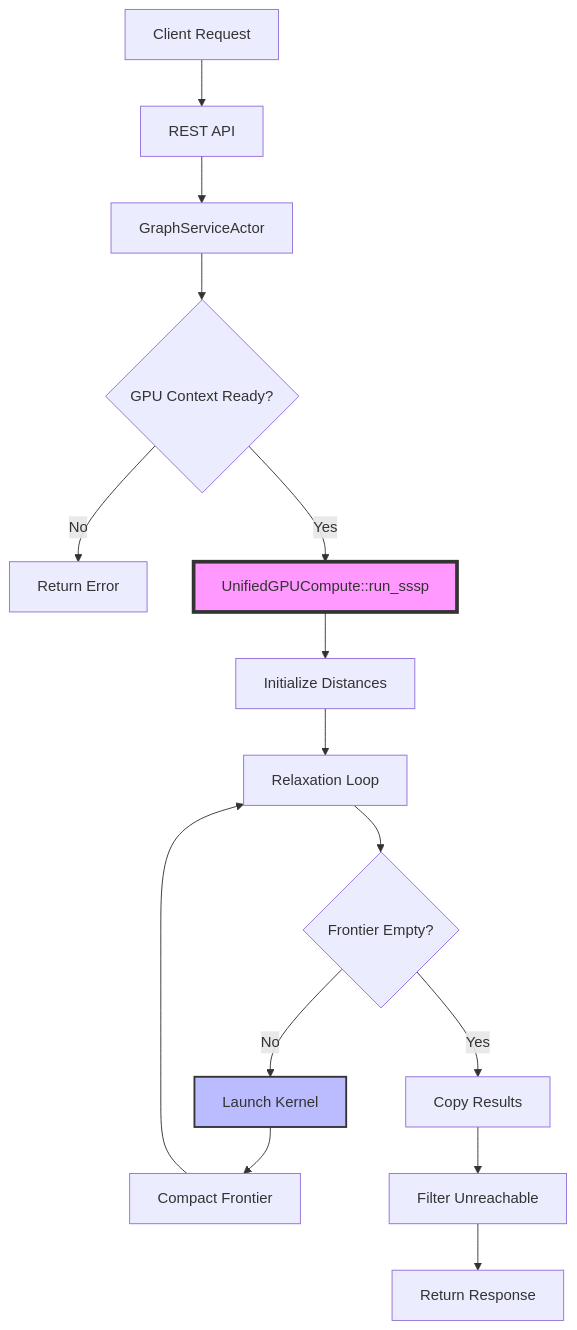
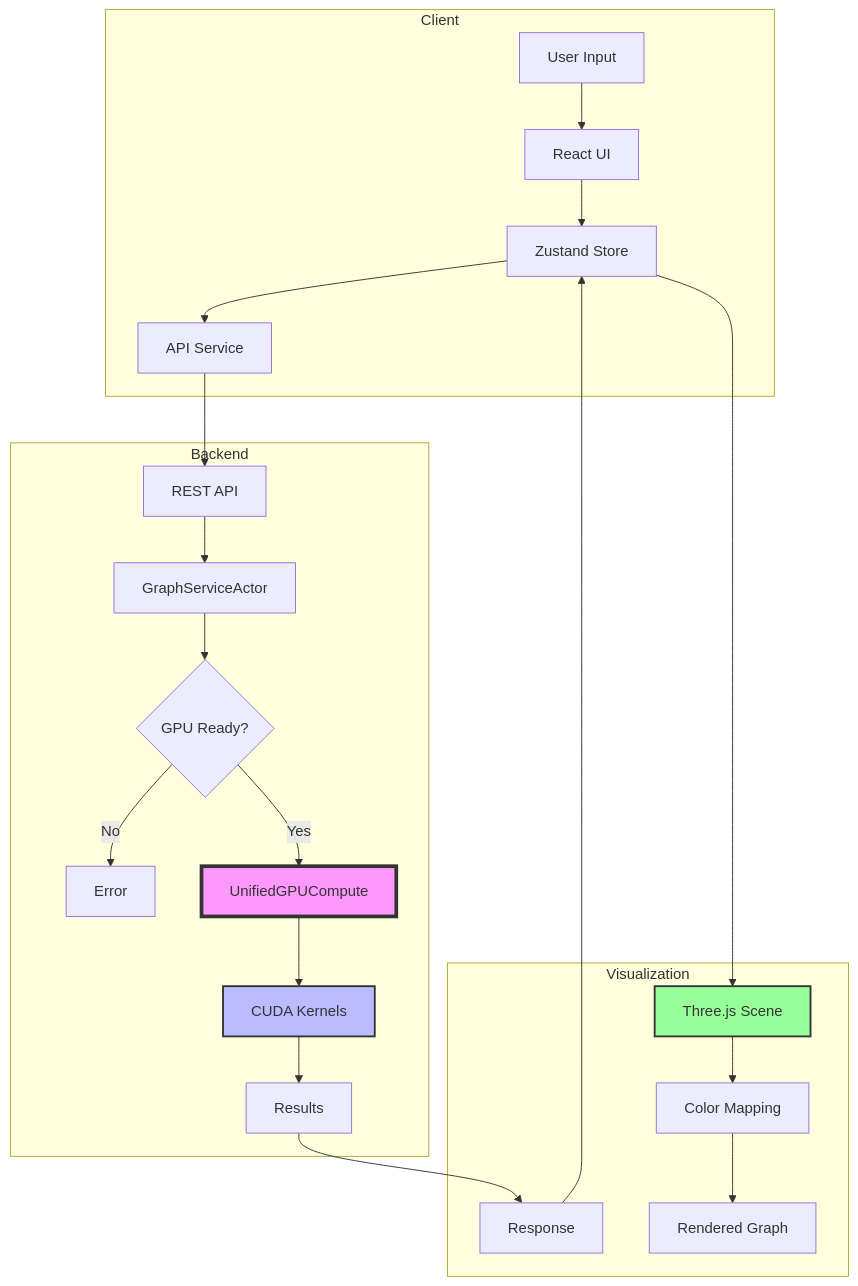
Before and after one commit to DreamLab-AI/VisionFlow: the diagram in new_cuda.md, drawn with Mermaid. The commit also changed other lines of this file, not shown here.

Commit message:
client plan

````diff
--- a/new_cuda.md
+++ b/new_cuda.md
@@ -708,20 +1132,30 @@
 ```mermaid
 flowchart TD
-    A[Client Request] --> B[REST API]
-    B --> C[GraphServiceActor]
-    C --> D{GPU Context Ready?}
-    D -->|No| E[Return Error]
-    D -->|Yes| F[UnifiedGPUCompute::run_sssp]
-    F --> G[Initialize Distances]
-    G --> H[Relaxation Loop]
-    H --> I{Frontier Empty?}
-    I -->|No| J[Launch Kernel]
-    J --> K[Compact Frontier]
-    K --> H
-    I -->|Yes| L[Copy Results]
-    L --> M[Filter Unreachable]
-    M --> N[Return Response]
+    subgraph Client
+        A[User Input] --> B[React UI]
+        B --> C[Zustand Store]
+        C --> D[API Service]
+    end
     
-    style F fill:#f9f,stroke:#333,stroke-width:4px
+    subgraph Backend
+        D --> E[REST API]
+        E --> F[GraphServiceActor]
+        F --> G{GPU Ready?}
+        G -->|No| H[Error]
+        G -->|Yes| I[UnifiedGPUCompute]
+        I --> J[CUDA Kernels]
+        J --> K[Results]
+    end
+    
+    subgraph Visualization
+        K --> L[Response]
+        L --> C
+        C --> M[Three.js Scene]
+        M --> N[Color Mapping]
+        N --> O[Rendered Graph]
+    end
+    
+    style I fill:#f9f,stroke:#333,stroke-width:4px
     style J fill:#bbf,stroke:#333,stroke-width:2px
+    style M fill:#9f9,stroke:#333,stroke-width:2px
 ```
````
